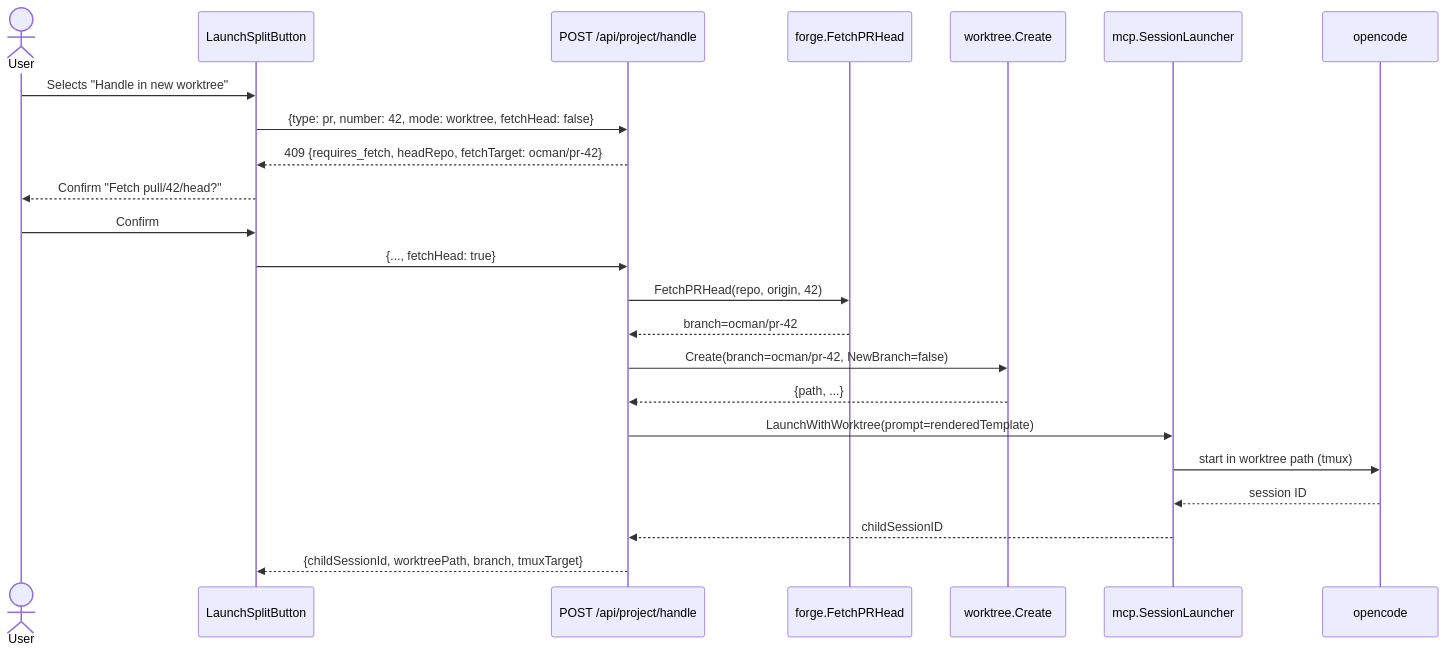
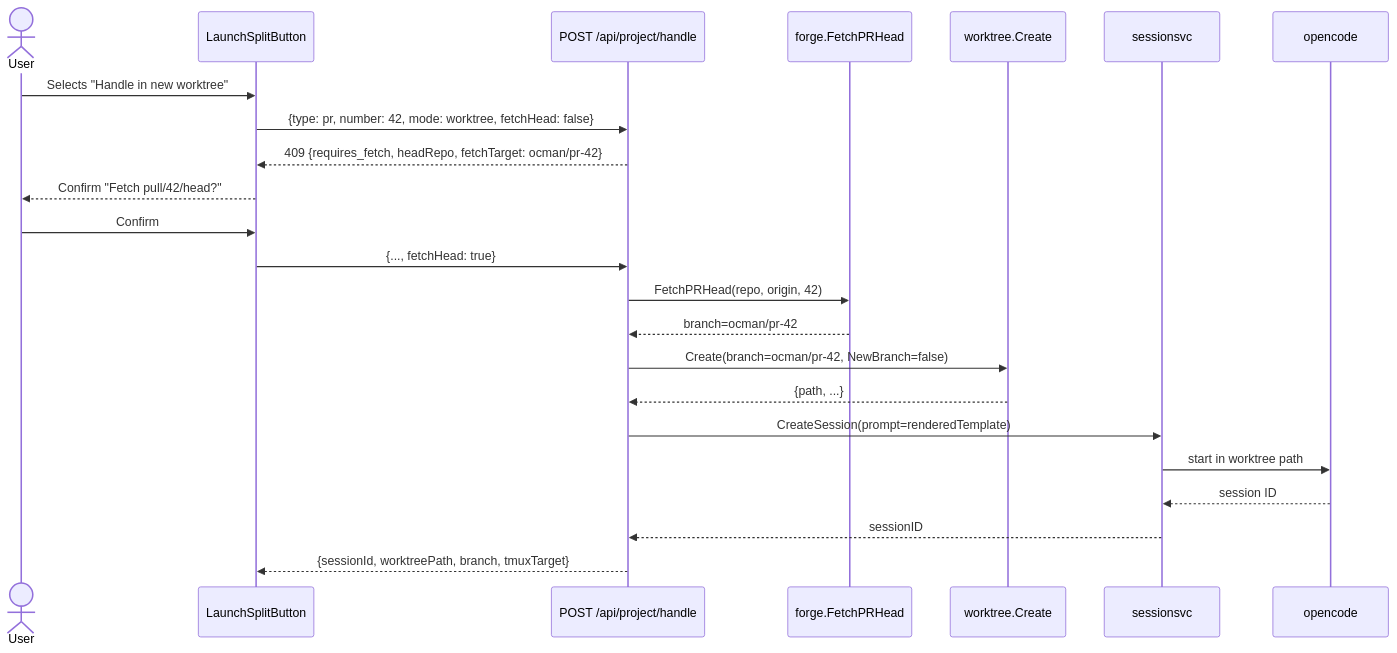
The sixth of 7 diagrams in spec/pr-issue-sidebar/architecture.md (ocman/ocman), drawn with Mermaid before and after one commit. The commit also changed other lines of this file and 80 other files, not shown here.

Commit message:
refactor: remove MCP session management

````diff
--- a/spec/pr-issue-sidebar/architecture.md
+++ b/spec/pr-issue-sidebar/architecture.md
@@ -833,26 +824,26 @@
 ```mermaid
 sequenceDiagram
     actor User
     participant FE as LaunchSplitButton
     participant H as POST /api/project/handle
     participant F as forge.FetchPRHead
     participant W as worktree.Create
-    participant SL as mcp.SessionLauncher
+    participant SS as sessionsvc
     participant OC as opencode
 
     User->>FE: Selects "Handle in new worktree"
     FE->>H: {type: pr, number: 42, mode: worktree, fetchHead: false}
     H-->>FE: 409 {requires_fetch, headRepo, fetchTarget: ocman/pr-42}
     FE-->>User: Confirm "Fetch pull/42/head?"
     User->>FE: Confirm
     FE->>H: {..., fetchHead: true}
     H->>F: FetchPRHead(repo, origin, 42)
     F-->>H: branch=ocman/pr-42
     H->>W: Create(branch=ocman/pr-42, NewBranch=false)
     W-->>H: {path, ...}
-    H->>SL: LaunchWithWorktree(prompt=renderedTemplate)
-    SL->>OC: start in worktree path (tmux)
-    OC-->>SL: session ID
-    SL-->>H: childSessionID
-    H-->>FE: {childSessionId, worktreePath, branch, tmuxTarget}
+    H->>SS: CreateSession(prompt=renderedTemplate)
+    SS->>OC: start in worktree path
+    OC-->>SS: session ID
+    SS-->>H: sessionID
+    H-->>FE: {sessionId, worktreePath, branch, tmuxTarget}
 ```
````
